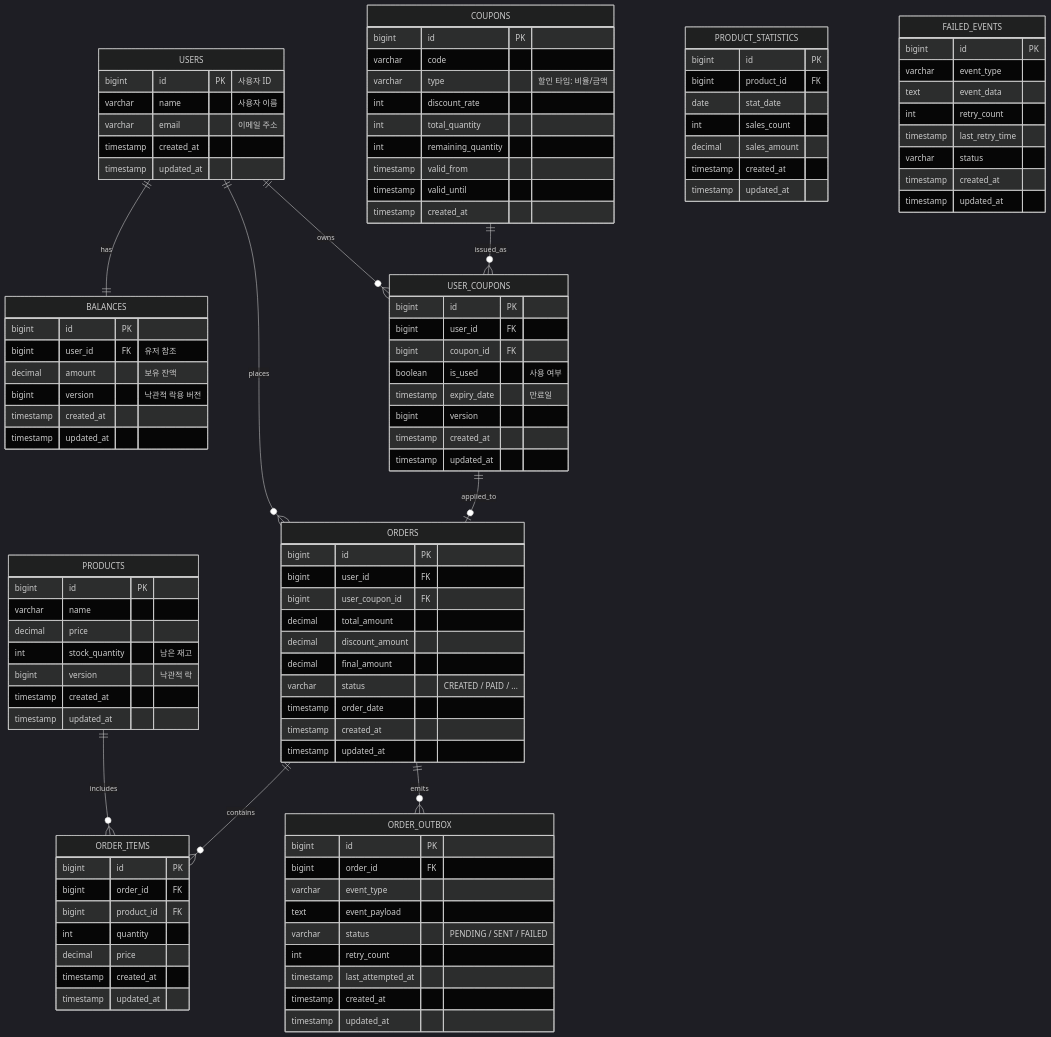
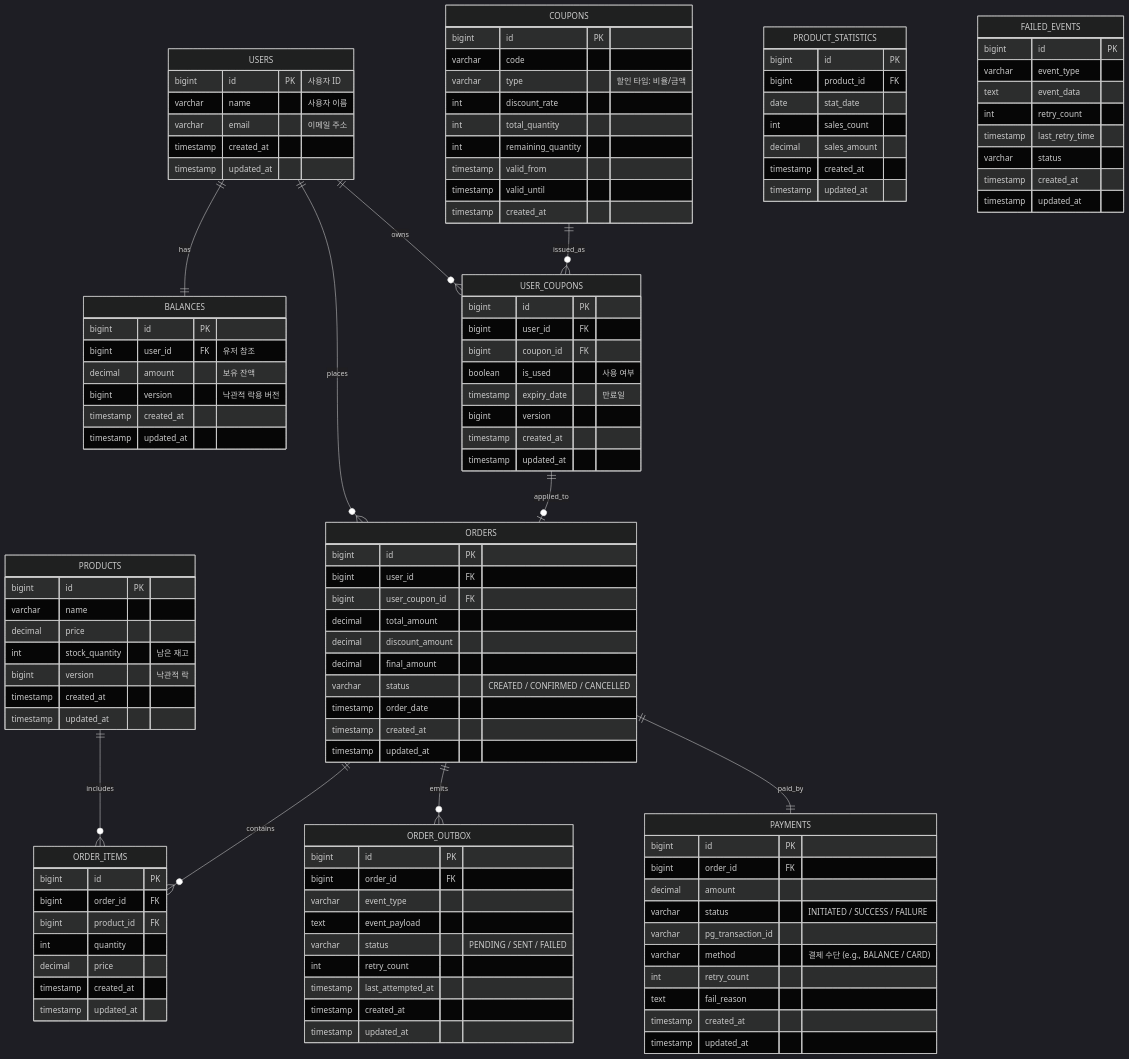
The diagram in docs/er-diagram/er-diagram.md (thedev-junyoung/hanghae-plus-2wd), drawn with Mermaid (dark theme) before and after one commit. The commit also changed other lines of this file and 11 other files, not shown here.

```diff
--- a/docs/er-diagram/er-diagram.md
+++ b/docs/er-diagram/er-diagram.md
@@ -10,6 +10,7 @@
     COUPONS ||--o{ USER_COUPONS : issued_as
     USER_COUPONS ||--o| ORDERS : applied_to
     ORDERS ||--o{ ORDER_OUTBOX : emits
+    ORDERS ||--|| PAYMENTS : paid_by
 
     USERS {
         bigint id PK  "사용자 ID"
@@ -68,7 +69,7 @@
         decimal total_amount
         decimal discount_amount
         decimal final_amount
-        varchar status         "CREATED / PAID / ..."
+        varchar status         "CREATED / CONFIRMED / CANCELLED"
         timestamp order_date
         timestamp created_at
         timestamp updated_at
@@ -106,6 +107,19 @@
         timestamp updated_at
     }
 
+    PAYMENTS {
+        bigint id PK
+        bigint order_id FK
+        decimal amount
+        varchar status         "INITIATED / SUCCESS / FAILURE"
+        varchar pg_transaction_id
+        varchar method         "결제 수단 (e.g., BALANCE / CARD)"
+        int retry_count
+        text fail_reason
+        timestamp created_at
+        timestamp updated_at
+    }
+
     FAILED_EVENTS {
         bigint id PK
         varchar event_type
```
